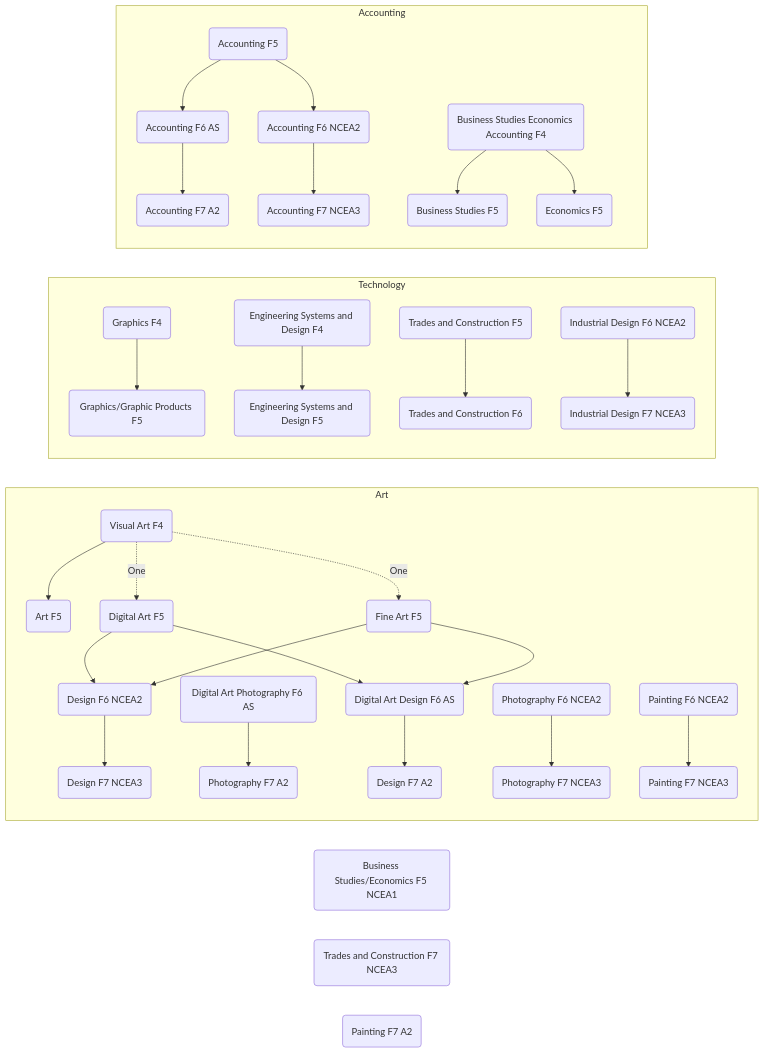
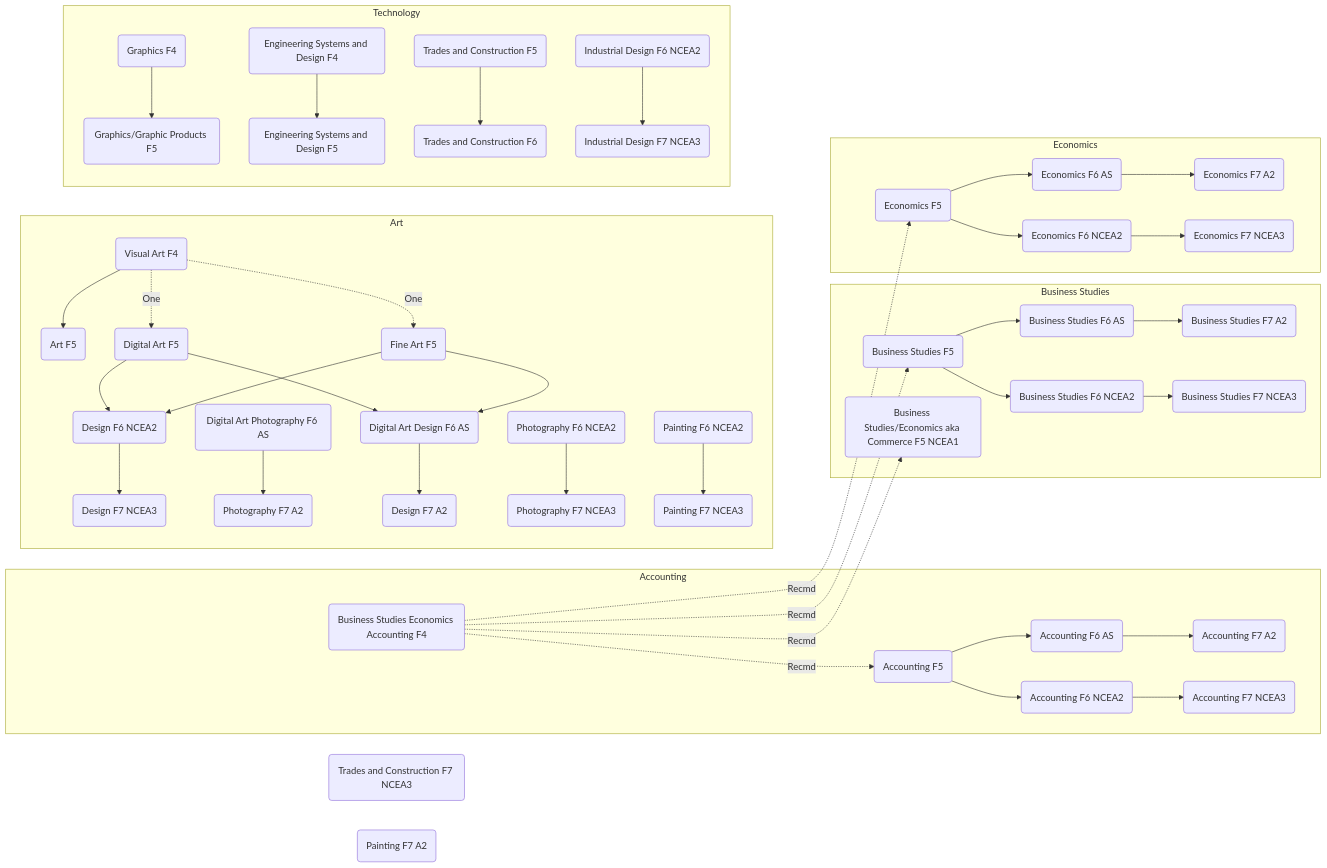
The diagram in course.md (cszhe/ags), drawn with Mermaid before and after one commit.

Commit message:
finished commerce busines study, accounting

````diff
--- a/course.md
+++ b/course.md
@@ -7,7 +7,7 @@
     5ACC(Accounting F5)
     5ART(Art F5)
     5BUS(Business Studies F5)
-    5COM(Business Studies/Economics F5 NCEA1)
+    5COM(Business Studies/Economics aka Commerce F5 NCEA1)
     5CON(Trades and Construction F5)
     5DAR(Digital Art F5)
     5ECO(Economics F5)
@@ -16,24 +16,51 @@
     5GRA(Graphics/Graphic Products F5)
     6ACC-A(Accounting F6 AS)
     6ACC-N(Accounting F6 NCEA2)
+    6BUS-A(Business Studies F6 AS)
+    6BUS-N(Business Studies F6 NCEA2)
     6CON(Trades and Construction F6)
     6DAD(Digital Art Design F6 AS)
     6DAP-A(Digital Art Photography F6 AS)
     6DES(Design F6 NCEA2)
+    6ECO-A(Economics F6 AS)
+    6ECO-N(Economics F6 NCEA2)
     6IND(Industrial Design F6 NCEA2)
     6PHO-N(Photography F6 NCEA2)
     6PTG(Painting F6 NCEA2)
     7ACC-A(Accounting F7 A2)
     7ACC-N(Accounting F7 NCEA3)
+    7BUS-A(Business Studies F7 A2)
+    7BUS-N(Business Studies F7 NCEA3)
     7CON(Trades and Construction F7 NCEA3)
     7DES-N(Design F7 NCEA3)
     7DES-A(Design F7 A2)
+    7ECO-A(Economics F7 A2)
+    7ECO-N(Economics F7 NCEA3)
     7IND(Industrial Design F7 NCEA3)
     7PHO-N(Photography F7 NCEA3)
     7PHO-A(Photography F7 A2)
     7PTG-A(Painting F7 A2)
     7PTG-N(Painting F7 NCEA3)
     
+
+    subgraph Accounting
+        4BEA -.->|Recmd| 5ACC
+        5ACC --> 6ACC-A --> 7ACC-A
+        5ACC --> 6ACC-N --> 7ACC-N
+    end
+
+    subgraph Business Studies
+        4BEA -.->|Recmd| 5COM
+        4BEA -.->|Recmd| 5BUS
+        5BUS --> 6BUS-A --> 7BUS-A
+        5BUS --> 6BUS-N --> 7BUS-N
+    end
+
+    subgraph Economics
+        4BEA -.->|Recmd| 5ECO
+        5ECO --> 6ECO-A --> 7ECO-A
+        5ECO --> 6ECO-N --> 7ECO-N
+    end
 
     subgraph Art
         4VIS --> 5ART
@@ -57,11 +84,4 @@
         6IND --> 7IND
     end
 
-    subgraph Accounting
-        5ACC --> 6ACC-A --> 7ACC-A
-        5ACC --> 6ACC-N --> 7ACC-N
-        4BEA --> 5BUS
-        4BEA --> 5ECO
-    end
-
 ```
````
